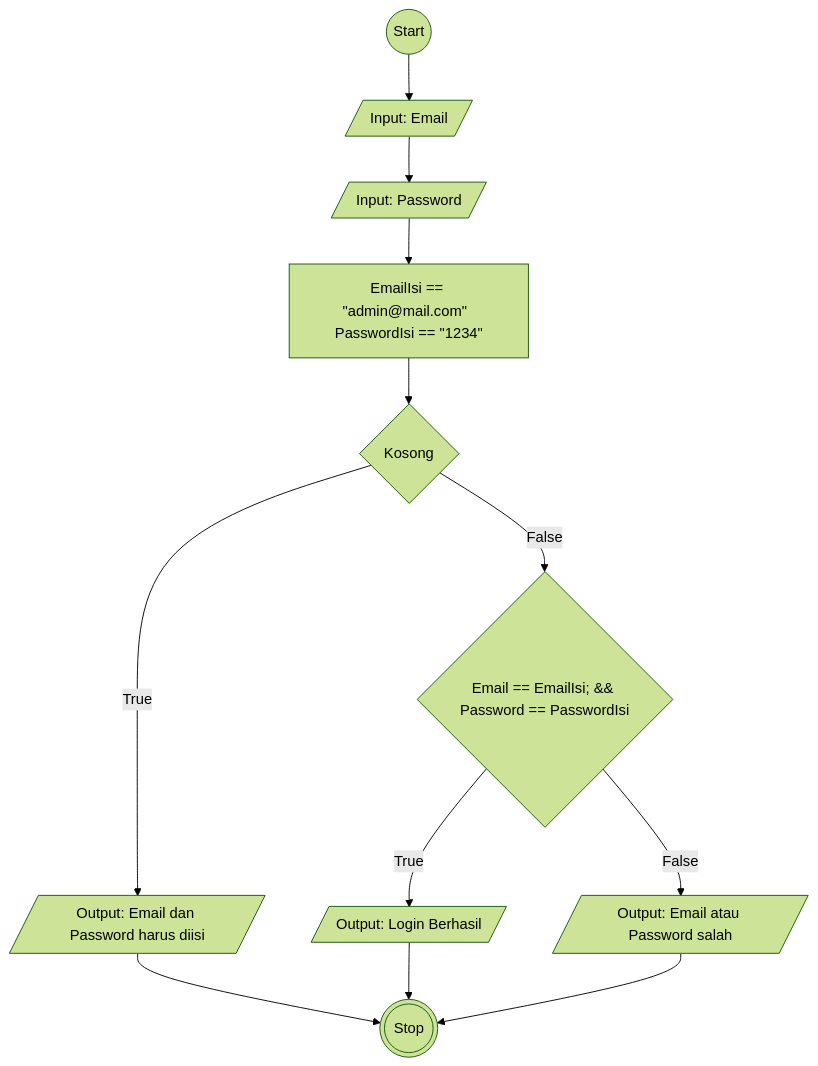
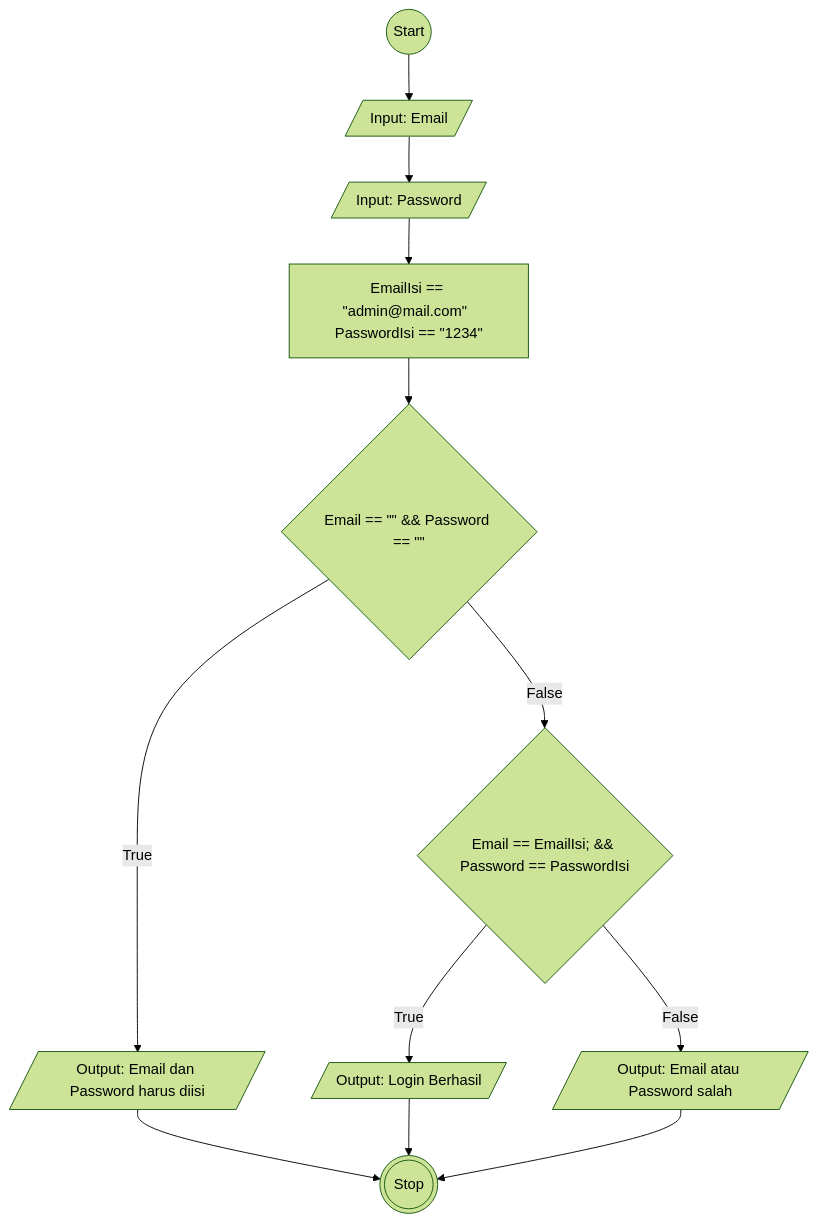
The diagram in flowchart-email-password.md (Vincentius31/koda-b6-algoritma), drawn with Mermaid (forest theme) before and after one commit.

````diff
--- a/flowchart-email-password.md
+++ b/flowchart-email-password.md
@@ -1,22 +1,22 @@
 ```mermaid
 flowchart TD
 id1(("Start"))
 idEmail[/"Input: Email"/]
 idPassword[/"Input: Password"/]
 idSatuan["EmailIsi == #quot;admin@mail.com#quot;  PasswordIsi == #quot;1234#quot;"]
-id2{"Kosong"}
+id2{"Email == #quot;#quot; && Password == #quot;#quot;"}
 output1[/"Output: Email dan Password harus diisi"/]
 id3{"Email == EmailIsi; && Password == PasswordIsi"}
 output2[/"Output: Login Berhasil"/]
 output3[/"Output: Email atau Password salah"/]
 id4(((Stop)))
 
 id1 --> idEmail --> idPassword --> idSatuan --> id2
 id2 -- True --> output1
 id2 -- False --> id3
 id3 -- True --> output2
 id3 -- False --> output3
 output1 --> id4
 output2 --> id4
 output3 --> id4
 ```
````
